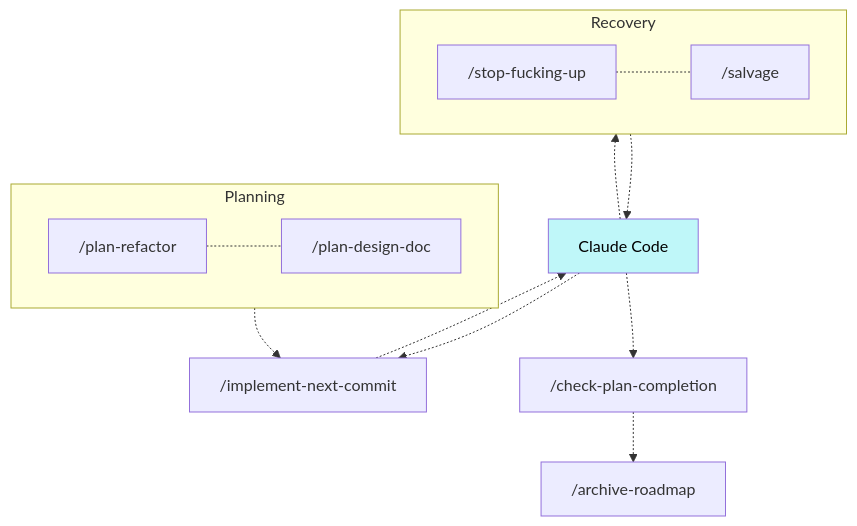
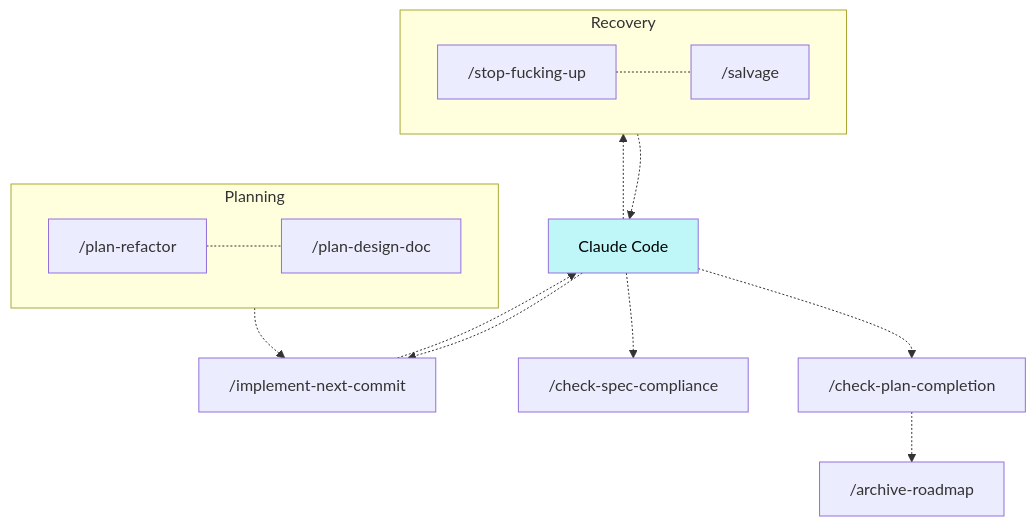
The second of 5 diagrams in docs/docs/standards/workflow.md (meksys-dev/mekara), drawn with Mermaid before and after one commit. The commit also changed other lines of this file and 36 other files, not shown here.

First line of the commit message:
Refactor scripting subpackages: clean interfaces, spec standard, and check-spec-compliance command

````diff
--- a/docs/docs/standards/workflow.md
+++ b/docs/docs/standards/workflow.md
@@ -82,19 +82,20 @@
 ```mermaid
 flowchart TB
     planning -.-> implement["/implement-next-commit"] -.-> claude["Claude Code"] -.-> recovery -.-> claude
     claude -.-> check["/check-plan-completion"]
+    claude -.-> spec["/check-spec-compliance"]
     check -.-> archive["/archive-roadmap"]
     claude -.-> implement
 
     subgraph planning["Planning"]
       direction LR
       plan["/plan-refactor"] -.- roadmap["/plan-design-doc"]
     end
 
     subgraph recovery["Recovery"]
       direction LR
       stop["/stop-fucking-up"] -.- salvage["/salvage"]
     end
 
     style claude fill:#bff7f9,color:#000
 ```
````
